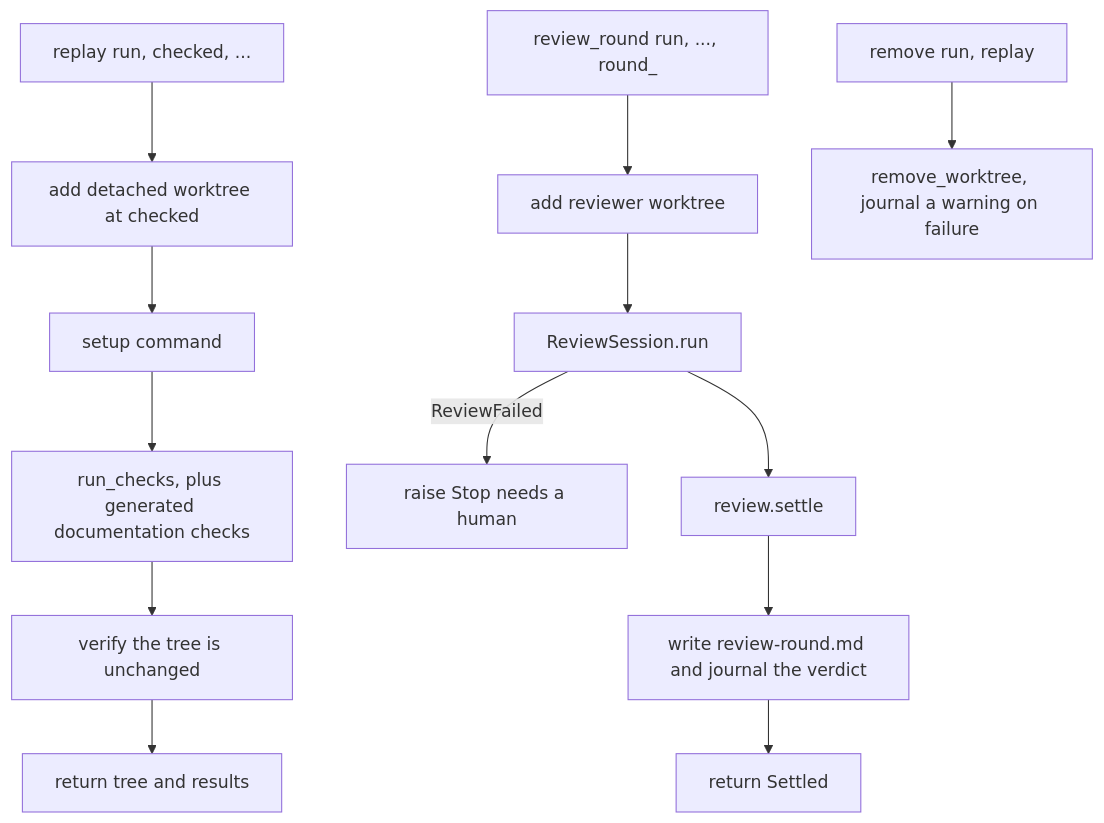
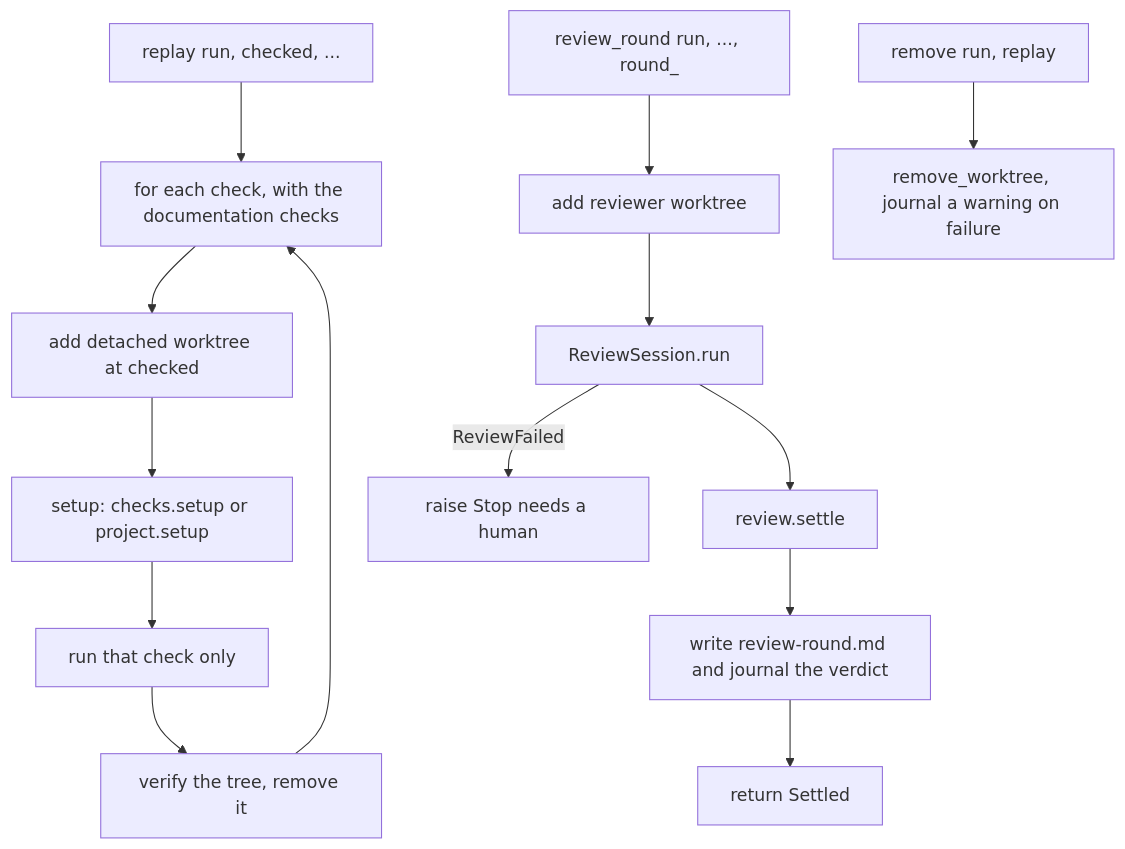
One commit to plaplanche/ariane changed the first of 3 diagrams in docs/architecture/modules/replay.md. Above: the diagram before and after it, drawn with Mermaid. The commit also changed other lines of this file and 21 other files, not shown here.

Commit message:
#133: Replay each check in its own clean working tree, as an isolated CI job runs it (C9)

````diff
--- a/docs/architecture/modules/replay.md
+++ b/docs/architecture/modules/replay.md
@@ -21,15 +24,16 @@
 ```mermaid
 flowchart TD
-  A[replay run, checked, ...] --> B[add detached worktree at checked]
-  B --> C[setup command]
-  C --> D[run_checks, plus generated documentation checks]
-  D --> E[verify the tree is unchanged]
-  E --> F[return tree and results]
+  A[replay run, checked, ...] --> B[for each check, with the documentation checks]
+  B --> C[add detached worktree at checked]
+  C --> D[setup: checks.setup or project.setup]
+  D --> E[run that check only]
+  E --> F[verify the tree, remove it]
+  F --> B
   G[review_round run, ..., round_] --> H[add reviewer worktree]
   H --> I[ReviewSession.run]
   I -- ReviewFailed --> X[raise Stop needs a human]
   I --> J[review.settle]
   J --> K[write review-round.md and journal the verdict]
   K --> L[return Settled]
   M[remove run, replay] --> N[remove_worktree, journal a warning on failure]
 ```
````
